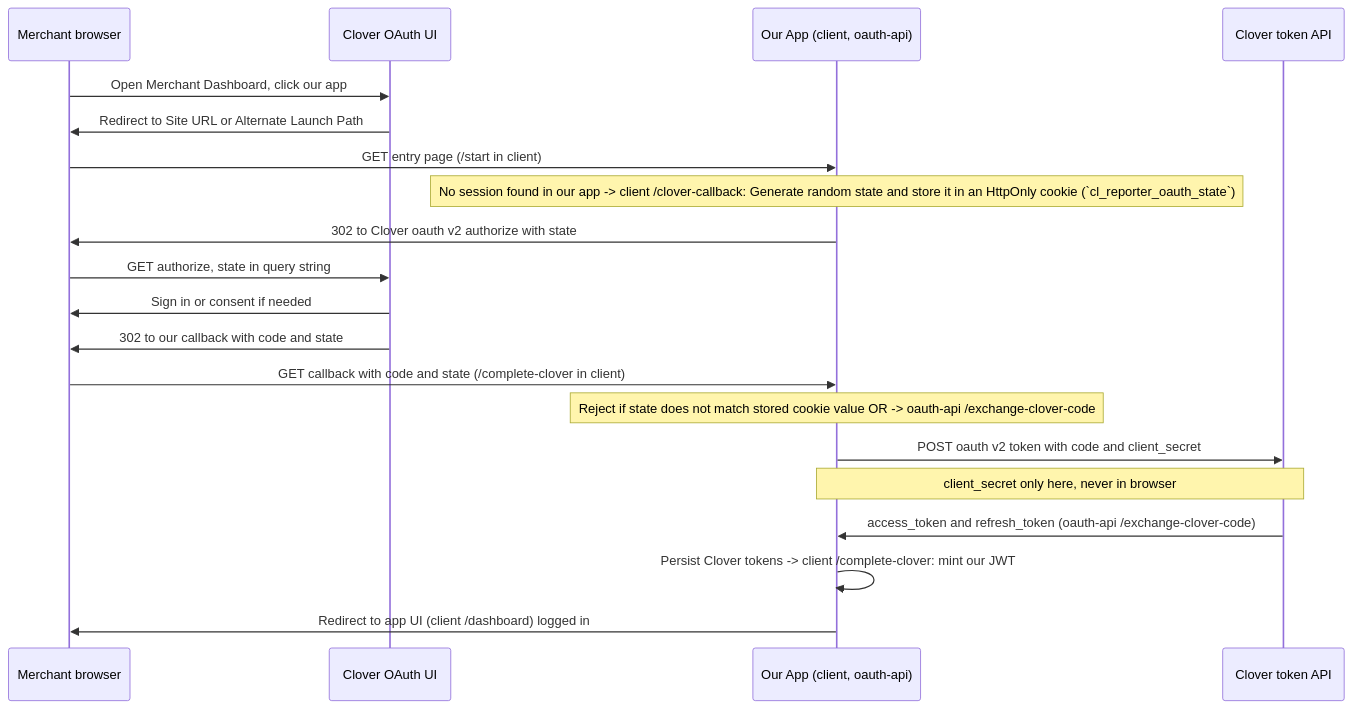
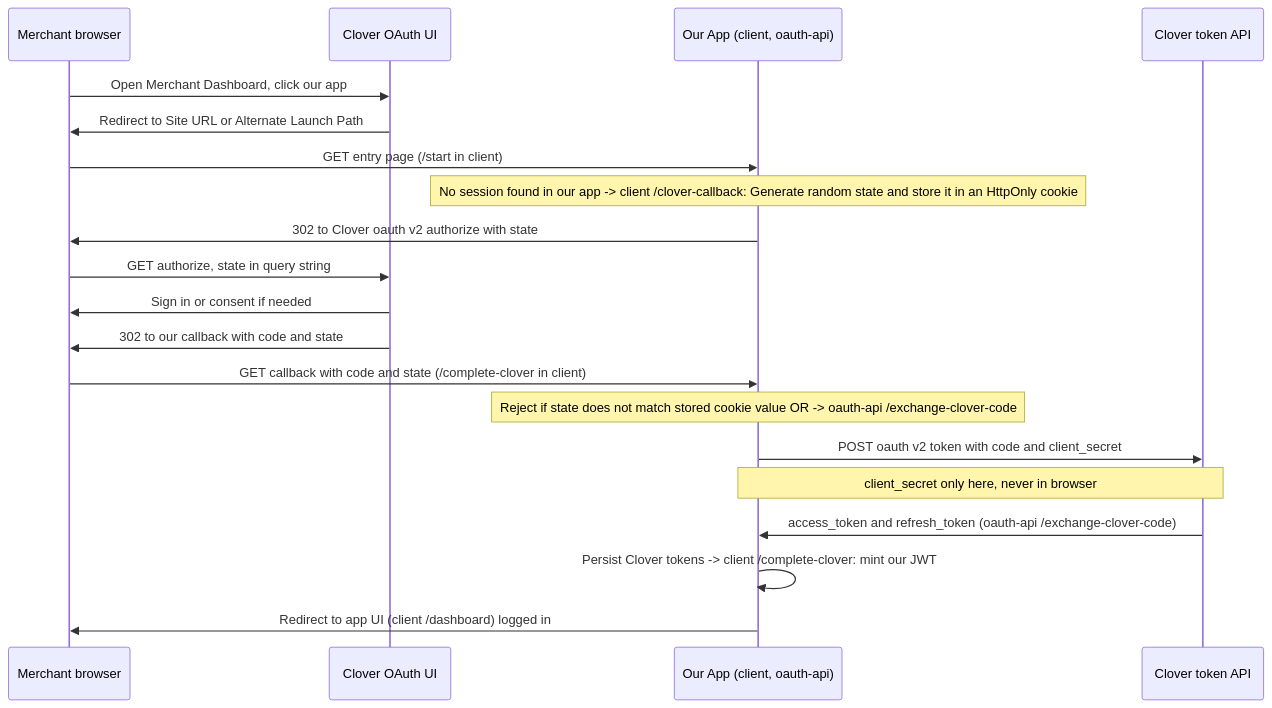
The diagram in README.md (1ntellijosh/cl-reporter), drawn with Mermaid before and after one commit.

````diff
--- a/README.md
+++ b/README.md
@@ -11,23 +11,23 @@
 ```mermaid
 sequenceDiagram
     participant B as Merchant browser
     participant CloverUI as Clover OAuth UI
     participant S as Our App (client, oauth-api)
     participant T as Clover token API
 
     B->>CloverUI: Open Merchant Dashboard, click our app
     CloverUI->>B: Redirect to Site URL or Alternate Launch Path
     B->>S: GET entry page (/start in client)
-    Note over S: No session found in our app -> client /clover-callback: Generate random state and store it in an HttpOnly cookie (`cl_reporter_oauth_state`)
+    Note over S: No session found in our app -> client /clover-callback: Generate random state and store it in an HttpOnly cookie
     S->>B: 302 to Clover oauth v2 authorize with state
     B->>CloverUI: GET authorize, state in query string
     CloverUI->>B: Sign in or consent if needed
     CloverUI->>B: 302 to our callback with code and state
     B->>S: GET callback with code and state (/complete-clover in client)
     Note over S: Reject if state does not match stored cookie value OR -> oauth-api /exchange-clover-code
     S->>T: POST oauth v2 token with code and client_secret
     Note over S,T: client_secret only here, never in browser
     T->>S: access_token and refresh_token (oauth-api /exchange-clover-code)
     S->>S: Persist Clover tokens -> client /complete-clover: mint our JWT
     S->>B: Redirect to app UI (client /dashboard) logged in
 ```
````
